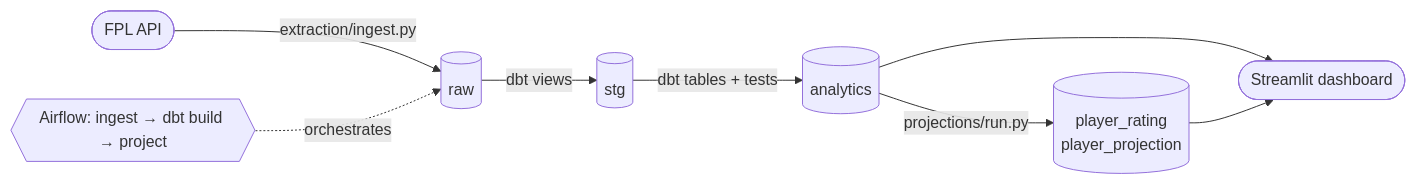
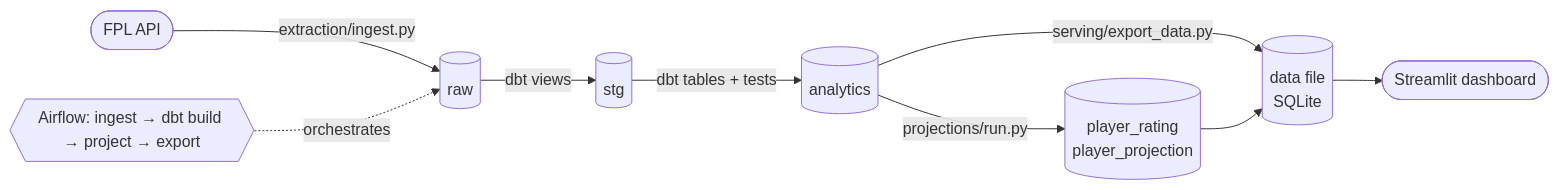
Before and after one commit to gw383/fpl-pipeline: the diagram in README.md, drawn with Mermaid. The commit also changed other lines of this file and 34 other files, not shown here.

Commit message:
Serve the dashboard from a data file

````diff
--- a/README.md
+++ b/README.md
@@ -34,10 +35,11 @@
 ```mermaid
 flowchart LR
     api([FPL API]) -->|extraction/ingest.py| raw[(raw)]
     raw -->|dbt views| stg[(stg)]
     stg -->|dbt tables + tests| analytics[(analytics)]
     analytics -->|projections/run.py| proj[(player_rating<br/>player_projection)]
-    analytics --> dash([Streamlit dashboard])
-    proj --> dash
-    airflow{{"Airflow: ingest → dbt build → project"}} -. orchestrates .-> raw
+    analytics -->|serving/export_data.py| file[(data file<br/>SQLite)]
+    proj --> file
+    file --> dash([Streamlit dashboard])
+    airflow{{"Airflow: ingest → dbt build → project → export"}} -. orchestrates .-> raw
 ```
````
